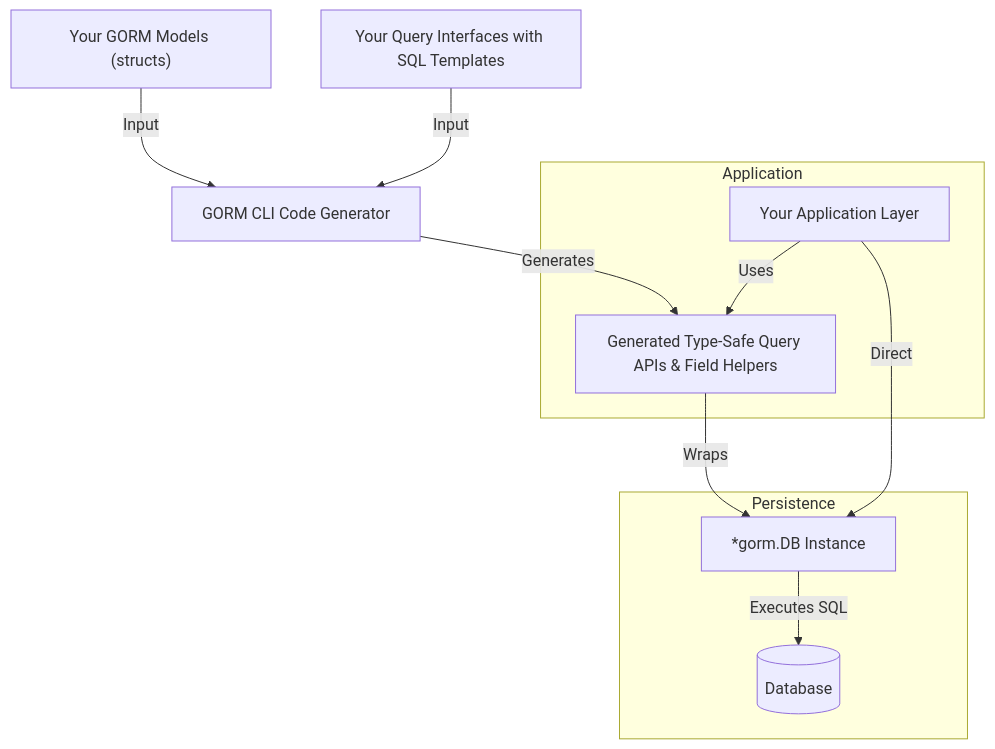
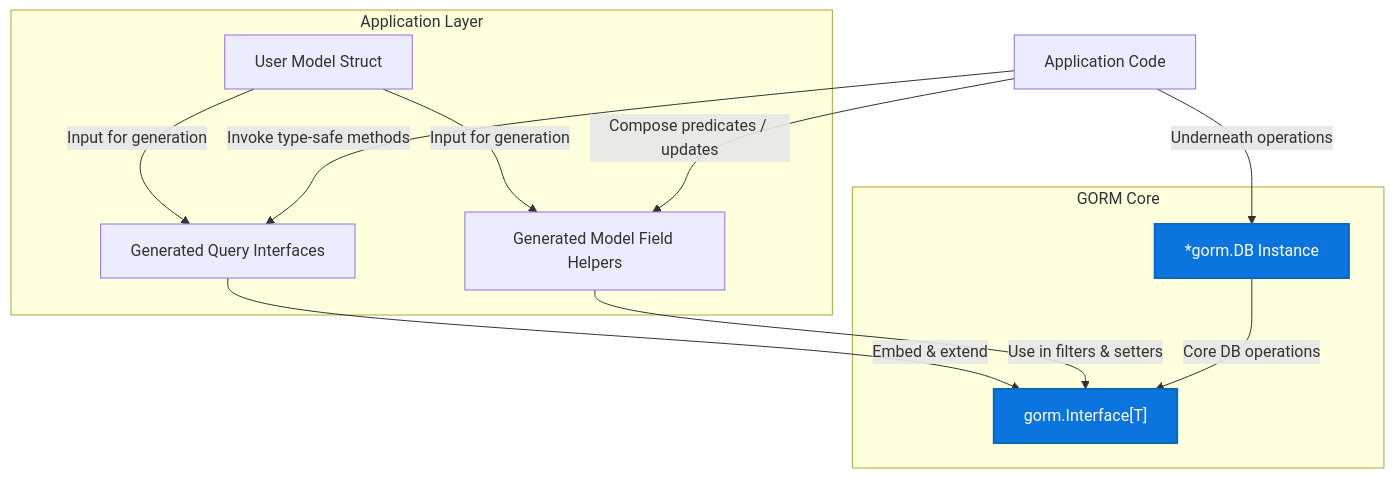
Before and after one commit to clidey/docucod-public-project-3a0e48a9-6b86-4d21-a930-072fe9723c66: the diagram in concepts/architecture-overview/integration-with-gorm.mdx, drawn with Mermaid. The commit also changed other lines of this file and 31 other files, not shown here.

````diff
--- a/concepts/architecture-overview/integration-with-gorm.mdx
+++ b/concepts/architecture-overview/integration-with-gorm.mdx
@@ -215,20 +155,26 @@
 ```mermaid
 flowchart TD
-  UserModels["Your GORM Models (structs)"] -->|Input| CodeGenerator["GORM CLI Code Generator"]
-  UserInterfaces["Your Query Interfaces with SQL Templates"] -->|Input| CodeGenerator
-  CodeGenerator -->|Generates| GeneratedCode["Generated Type-Safe Query APIs & Field Helpers"]
-  GeneratedCode -->|Wraps| GormDB["*gorm.DB Instance"]
-  YourApp["Your Application Layer"] -->|Uses| GeneratedCode
-  YourApp -->|Direct| GormDB
-  GormDB -->|Executes SQL| Database[("Database")]
 
-  subgraph Application
-    YourApp
-    GeneratedCode
+  subgraph Application Layer
+    UserModel["User Model Struct"]
+    QueryInterfaces["Generated Query Interfaces"]
+    FieldHelpers["Generated Model Field Helpers"]
   end
 
-  subgraph Persistence
-    GormDB
-    Database
+  subgraph GORM Core
+    GormDB["*gorm.DB Instance"]
+    GormInterface["gorm.Interface[T]"]
   end
+
+  UserModel --> |"Input for generation"| QueryInterfaces
+  UserModel --> |"Input for generation"| FieldHelpers
+  QueryInterfaces --> |"Embed & extend"| GormInterface
+  FieldHelpers --> |"Use in filters & setters"| GormInterface
+  ApplicationLayer[Application Code] --> |"Invoke type-safe methods"| QueryInterfaces
+  ApplicationLayer --> |"Compose predicates / updates"| FieldHelpers
+  ApplicationLayer --> |"Underneath operations"| GormDB
+  GormDB --> |"Core DB operations"| GormInterface
+
+  classDef gorm fill:#0b74de,color:#fff,stroke:#076abf,stroke-width:2px;
+  class GormDB,GormInterface gorm;
 ```
````
